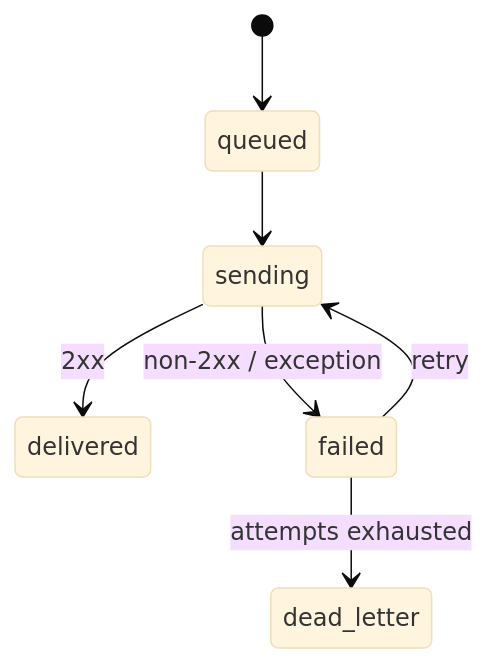
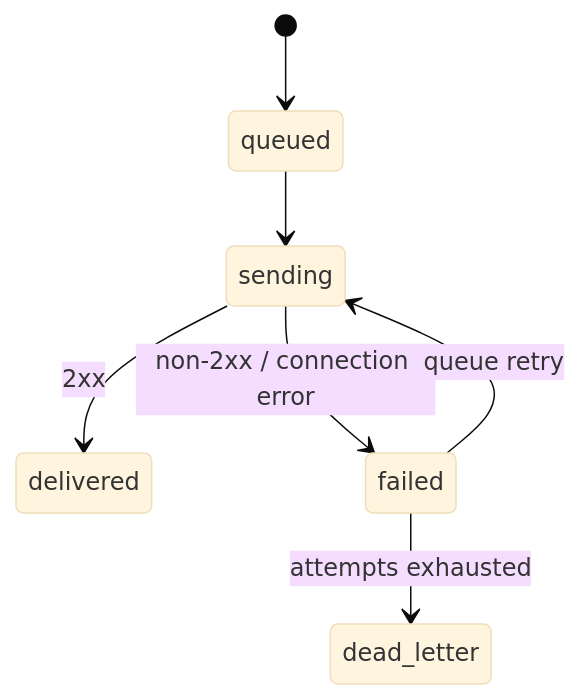
One commit to DagemawiDeveloper/laravel-api-integration-demo changed the second of 2 diagrams in README.md. Above: the diagram before and after it, drawn with Mermaid (base theme). The commit also changed other lines of this file and 19 other files, not shown here.

````diff
--- a/README.md
+++ b/README.md
@@ -82,9 +115,9 @@
 ```mermaid
 stateDiagram-v2
     [*] --> queued
     queued --> sending
     sending --> delivered: 2xx
-    sending --> failed: non-2xx / exception
-    failed --> sending: retry
+    sending --> failed: non-2xx / connection error
+    failed --> sending: queue retry
     failed --> dead_letter: attempts exhausted
 ```
````
